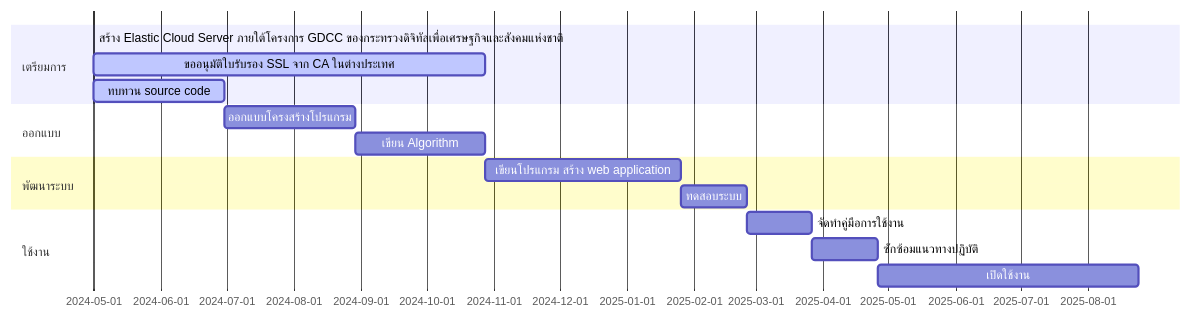
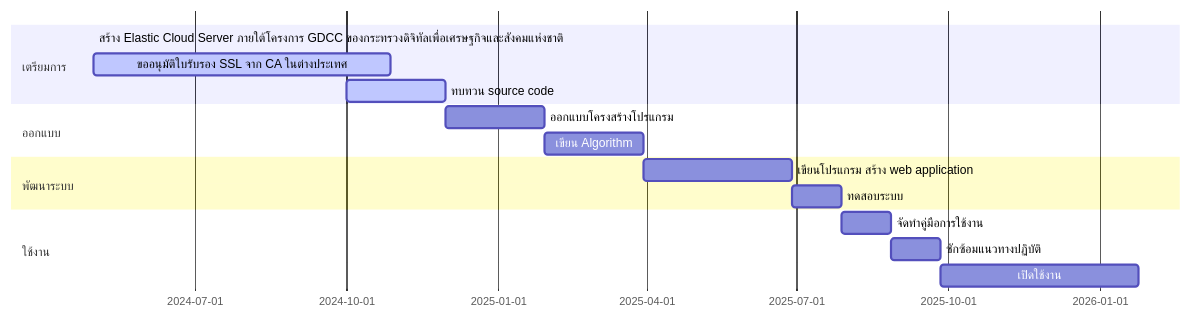
One commit to Kietpawpan/e-tracking changed the first of 2 diagrams in README.md. Above: the diagram before and after it, drawn with Mermaid.

````diff
--- a/README.md
+++ b/README.md
@@ -10,19 +10,19 @@
 ```mermaid
 gantt
     section เตรียมการ
     สร้าง Elastic Cloud Server ภายใต้โครงการ GDCC ของกระทรวงดิจิทัลเพื่อเศรษฐกิจและสังคมแห่งชาติ :done,    des1, 2024-05-01,2024-05-30
     ขออนุมัติใบรับรอง SSL จาก CA ในต่างประเทศ        :active, des2, after des1, 180d
-    ทบทวน source code  :   active, des3, after des1, 60d
+    ทบทวน source code  :   active, des3, 2024-10-01, 60d
     section ออกแบบ
     ออกแบบโครงสร้างโปรแกรม  :         des4, after des3, 60d
     เขียน Algorithm:   des5, after des4, 60d
     section พัฒนาระบบ
     เขียนโปรแกรม สร้าง web application  :  des6, after des5, 90d
     ทดสอบระบบ:des7, after des6, 30d
    section ใช้งาน
     จัดทำคู่มือการใช้งาน   :         des8, after des7, 30d
     ซักซ้อมแนวทางปฏิบัติ   :         des9, after des8, 30d
       เปิดใช้งาน: des10, after des9, 120d
 
 
 ```
````
